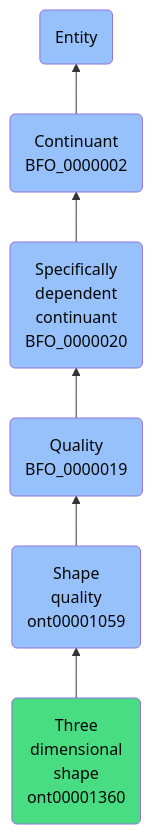
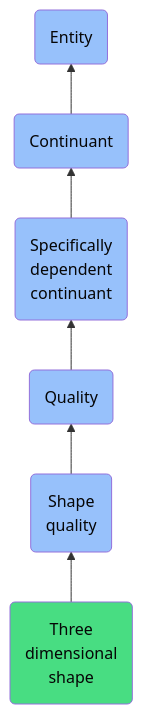
Before and after one commit to jupyter-naas/abi: the diagram in docs/ontology/reference/model/Entity/Continuant/Specifically dependent continuant/Quality/Shape quality/Three dimensional shape/Three dimensional shape.md, drawn with Mermaid. The commit also changed other lines of this file and 1430 other files, not shown here.

````diff
--- a/docs/ontology/reference/model/Entity/Continuant/Specifically dependent continuant/Quality/Shape quality/Three dimensional shape/Three dimensional shape.md
+++ b/docs/ontology/reference/model/Entity/Continuant/Specifically dependent continuant/Quality/Shape quality/Three dimensional shape/Three dimensional shape.md
@@ -24,13 +24,13 @@
 ```mermaid
 graph BT
-    ont00001360(Three<br>dimensional<br>shape<br>ont00001360):::ABI-->ont00001059
-    ont00001059(Shape<br>quality<br>ont00001059):::BFO-->BFO_0000019
-    BFO_0000019(Quality<br>BFO_0000019):::BFO-->BFO_0000020
-    BFO_0000020(Specifically<br>dependent<br>continuant<br>BFO_0000020):::BFO-->BFO_0000002
-    BFO_0000002(Continuant<br>BFO_0000002):::BFO-->BFO_0000001
+    ont00001360(Three<br>dimensional<br>shape):::ABI-->ont00001059
+    ont00001059(Shape<br>quality):::BFO-->BFO_0000019
+    BFO_0000019(Quality):::BFO-->BFO_0000020
+    BFO_0000020(Specifically<br>dependent<br>continuant):::BFO-->BFO_0000002
+    BFO_0000002(Continuant):::BFO-->BFO_0000001
     BFO_0000001(Entity):::BFO
     
     classDef BFO fill:#97c1fb,color:#060606
     classDef CCO fill:#e4c51e,color:#060606
     classDef ABI fill:#48DD82,color:#060606
 ```
````
